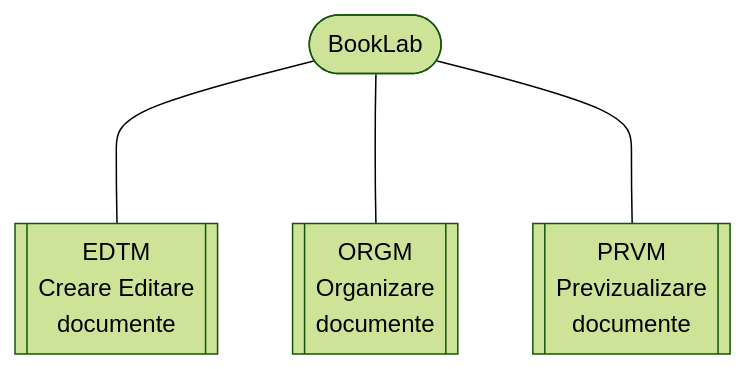
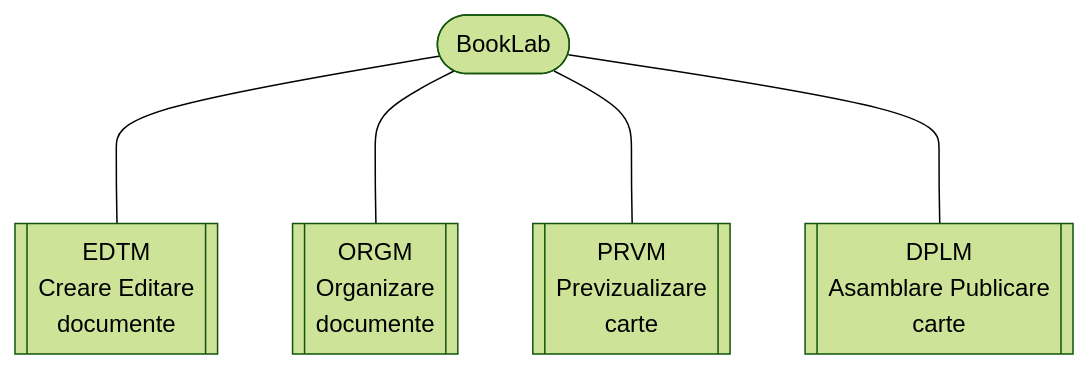
Before and after one commit to petre-renware/booklab: the diagram in doc_src/810-DSGN-130.02-Overview.md, drawn with Mermaid (forest theme). The commit also changed other lines of this file, not shown here.

````diff
--- a/doc_src/810-DSGN-130.02-Overview.md
+++ b/doc_src/810-DSGN-130.02-Overview.md
@@ -68,12 +68,15 @@
 ``` mermaid
 graph TD
     bklab([BookLab])
-    edtmtl[[EDTM \n Creare Editare \n documente]]
+    edtm[[EDTM \n Creare Editare \n documente]]
     orgm[[ORGM \n Organizare \n documente]]
-    prvm[[PRVM \n Previzualizare \n documente]]
+    prvm[[PRVM \n Previzualizare \n carte]]
+    dplm[[DPLM \n Asamblare Publicare \n carte]]
 
 
-    bklab ---- edtmtl
+    bklab ---- edtm
     bklab ---- orgm
     bklab ---- prvm
+    bklab ---- dplm
+
 ```
````
